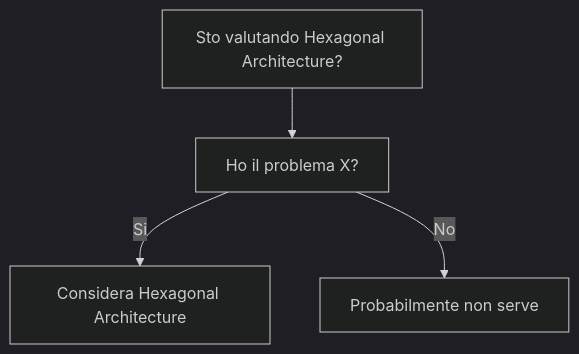
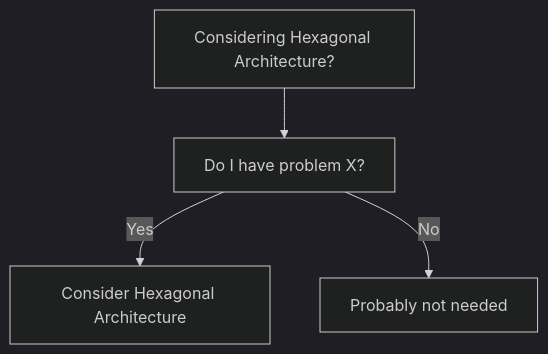
The diagram in dev-wiki/02_Architecture/Hexagonal_Architecture/When_To_Use.md (HxT9/Software-Dev-Wiki), drawn with Mermaid (dark theme) before and after one commit. The commit also changed other lines of this file and 3444 other files, not shown here.

````diff
--- a/dev-wiki/02_Architecture/Hexagonal_Architecture/When_To_Use.md
+++ b/dev-wiki/02_Architecture/Hexagonal_Architecture/When_To_Use.md
@@ -19,6 +19,6 @@
 ```mermaid
 flowchart TD
-  Q[Sto valutando Hexagonal Architecture?] --> Q1[Ho il problema X?]
-  Q1 -->|Si| OK[Considera Hexagonal Architecture]
-  Q1 -->|No| NO[Probabilmente non serve]
+  Q[Considering Hexagonal Architecture?] --> Q1[Do I have problem X?]
+  Q1 -->|Yes| OK[Consider Hexagonal Architecture]
+  Q1 -->|No| NO[Probably not needed]
 ```
````
